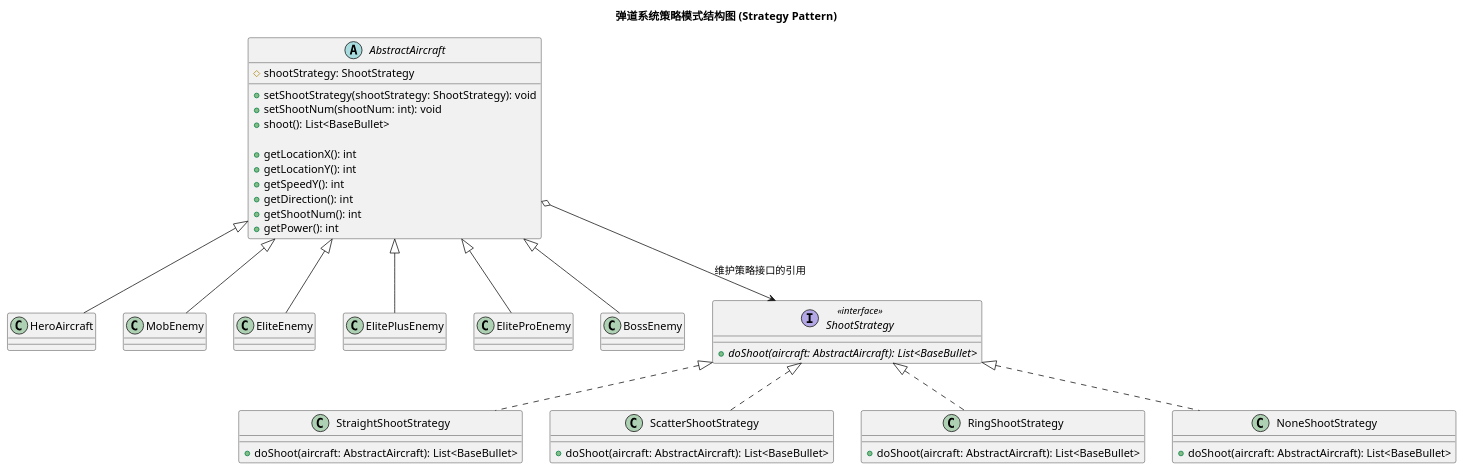
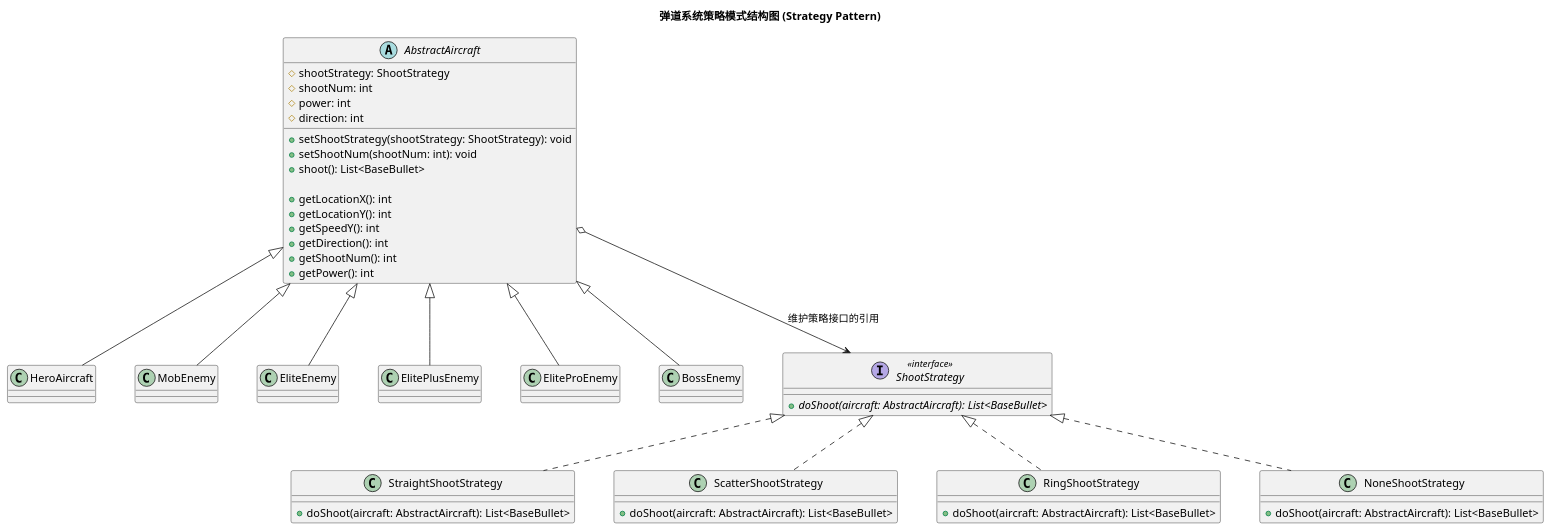
Before and after one commit to Leslie-1341/AircraftWar-base1.0: the diagram in uml/Strategy Pattern.puml, drawn with PlantUML. The commit also changed 22 other files, not shown here.

Commit message:
完善了uml类图和部分代码

```diff
--- a/uml/Strategy Pattern.puml
+++ b/uml/Strategy Pattern.puml
@@ -1,80 +1,80 @@
 @startuml
-'https://plantuml.com/class-diagram
 title 弹道系统策略模式结构图 (Strategy Pattern)
 
-' ==========================================
+skinparam nodesep 50
+skinparam ranksep 70
+
+' ======================
 ' 1. 上下文角色 (Context)
-' ==========================================
+' ======================
 abstract class AbstractAircraft {
     # shootStrategy: ShootStrategy
+    # shootNum: int
+    # power: int
+    # direction: int
+
     + setShootStrategy(shootStrategy: ShootStrategy): void
     + setShootNum(shootNum: int): void
     + shoot(): List<BaseBullet>
-
+    
     ' 飞机自身的数据接口
     + getLocationX(): int
     + getLocationY(): int
     + getSpeedY(): int
     + getDirection(): int
     + getShootNum(): int
     + getPower(): int
 }
 
-class HeroAircraft {
-}
-class MobEnemy {
-}
-class EliteEnemy {
-}
-class ElitePlusEnemy {
-}
-class EliteProEnemy {
-}
-class BossEnemy {
-}
+class HeroAircraft {}
+class MobEnemy {}
+class EliteEnemy {}
+class ElitePlusEnemy {}
+class EliteProEnemy {}
+class BossEnemy {}
 
 AbstractAircraft <|-- HeroAircraft
 AbstractAircraft <|-- MobEnemy
 AbstractAircraft <|-- EliteEnemy
 AbstractAircraft <|-- ElitePlusEnemy
 AbstractAircraft <|-- EliteProEnemy
 AbstractAircraft <|-- BossEnemy
 
-' ==========================================
+' ==============================
 ' 2. 抽象策略角色 (Strategy)
-' ==========================================
+' ==============================
 interface ShootStrategy <<interface>> {
     + {abstract} doShoot(aircraft: AbstractAircraft): List<BaseBullet>
 }
 
-' ==========================================
+' ===================================
 ' 3. 具体策略角色 (Concrete Strategies)
-' ==========================================
+' ===================================
 class StraightShootStrategy {
     + doShoot(aircraft: AbstractAircraft): List<BaseBullet>
 }
 
 class ScatterShootStrategy {
     + doShoot(aircraft: AbstractAircraft): List<BaseBullet>
 }
 
 class RingShootStrategy {
     + doShoot(aircraft: AbstractAircraft): List<BaseBullet>
 }
 
 class NoneShootStrategy {
     + doShoot(aircraft: AbstractAircraft): List<BaseBullet>
 }
 
 ShootStrategy <|.. StraightShootStrategy
 ShootStrategy <|.. ScatterShootStrategy
 ShootStrategy <|.. RingShootStrategy
 ShootStrategy <|.. NoneShootStrategy
 
-' =======================================
+' =========
 ' 关系连线
-' =======================================
+' =========
 ' Context 聚合 Strategy (空心菱形箭头)
 AbstractAircraft o--> ShootStrategy : 维护策略接口的引用
 
 @enduml
```
